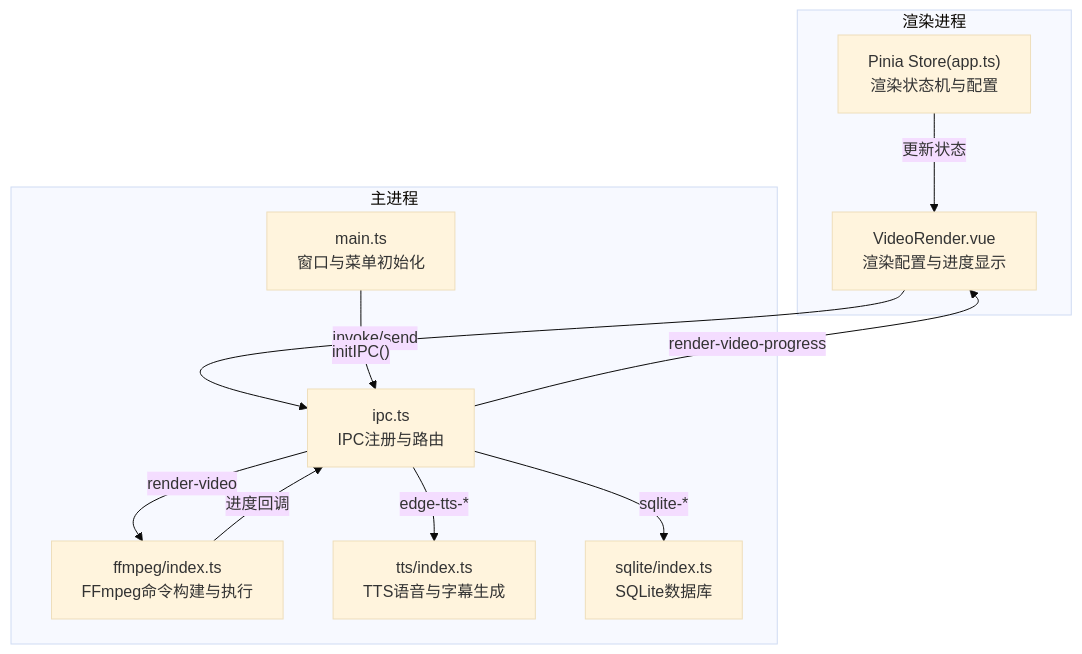
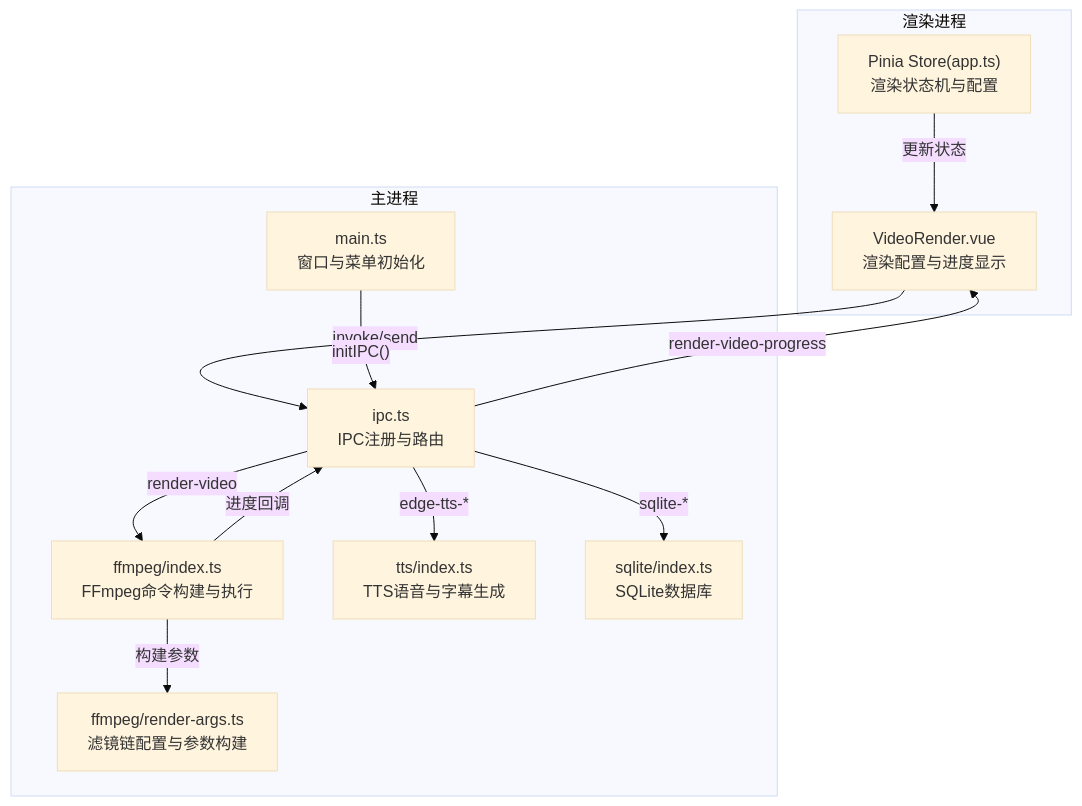
One commit to torans/crow.video changed the first of 8 diagrams in .qoder/repowiki/zh/content/核心功能模块/视频渲染引擎.md. Above: the diagram before and after it, drawn with Mermaid (base theme). The commit also changed other lines of this file and 35 other files, not shown here.

````diff
--- a/.qoder/repowiki/zh/content/核心功能模块/视频渲染引擎.md
+++ b/.qoder/repowiki/zh/content/核心功能模块/视频渲染引擎.md
@@ -46,22 +55,24 @@
 ```mermaid
 graph TB
 subgraph "渲染进程"
 UI["VideoRender.vue<br/>渲染配置与进度显示"]
 Store["Pinia Store(app.ts)<br/>渲染状态机与配置"]
 end
 subgraph "主进程"
 Main["main.ts<br/>窗口与菜单初始化"]
 IPC["ipc.ts<br/>IPC注册与路由"]
 FF["ffmpeg/index.ts<br/>FFmpeg命令构建与执行"]
+FFArgs["ffmpeg/render-args.ts<br/>滤镜链配置与参数构建"]
 TTS["tts/index.ts<br/>TTS语音与字幕生成"]
 DB["sqlite/index.ts<br/>SQLite数据库"]
 end
 UI --> |"invoke/send"| IPC
 Store --> |"更新状态"| UI
 IPC --> |"render-video"| FF
 IPC --> |"edge-tts-*"| TTS
 IPC --> |"sqlite-*"| DB
+FF --> |"构建参数"| FFArgs
 FF --> |"进度回调"| IPC
 IPC --> |"render-video-progress"| UI
 Main --> |"initIPC()"| IPC
 ```
````
